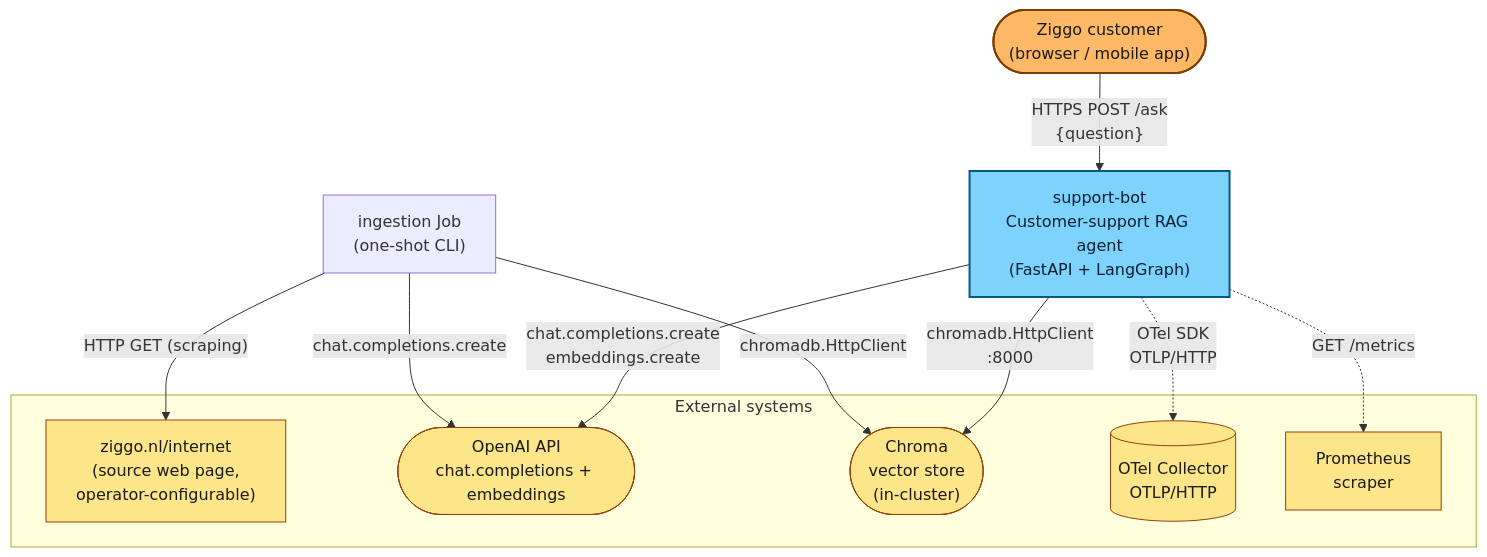
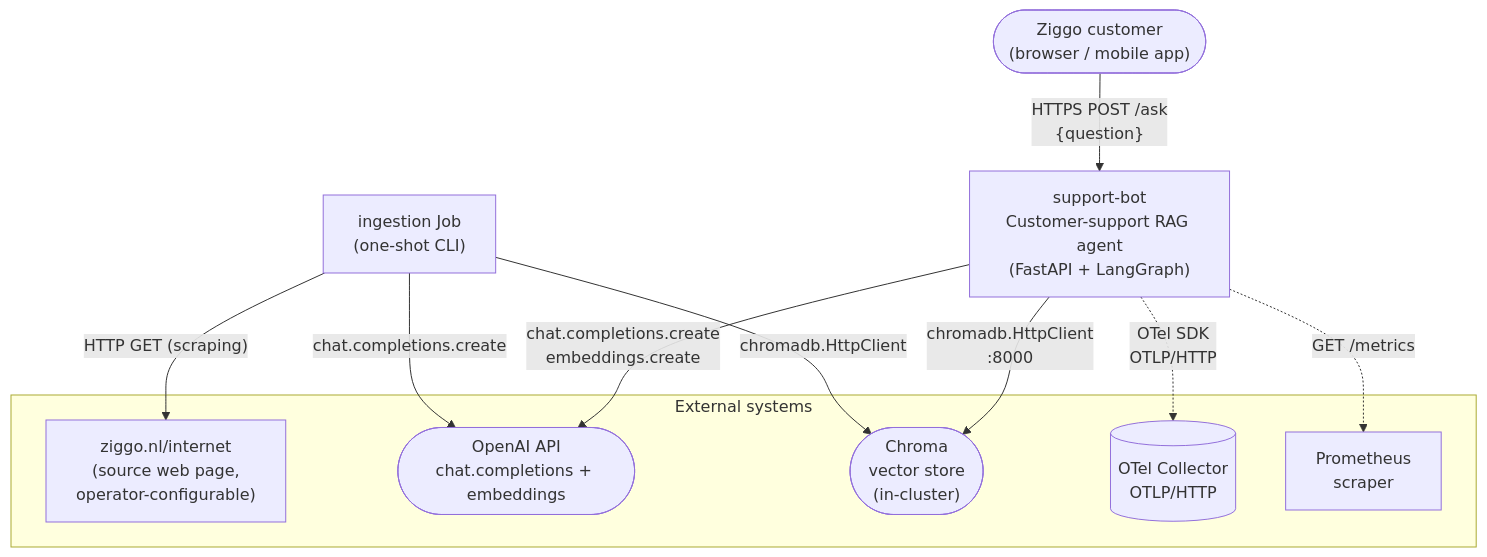
One commit to bruj0/support-agent changed the diagram in docs/c4/1-system-context.md. Above: the diagram before and after it, drawn with Mermaid. The commit also changed 11 other files, not shown here.

First line of the commit message:
fix(docs): revert all Mermaid classDef overrides; use default theme

````diff
--- a/docs/c4/1-system-context.md
+++ b/docs/c4/1-system-context.md
@@ -9,33 +9,27 @@
 ```mermaid
 flowchart TB
     U(["Ziggo customer<br/>(browser / mobile app)"])
 
     SYS["support-bot<br/>Customer-support RAG agent<br/>(FastAPI + LangGraph)"]
 
     subgraph EXTERNAL["External systems"]
         SRC["ziggo.nl/internet<br/>(source web page,<br/>operator-configurable)"]
         OAI(["OpenAI API<br/>chat.completions + embeddings"])
         CHR_HOST(["Chroma<br/>vector store<br/>(in-cluster)"])
         OTel[("OTel Collector<br/>OTLP/HTTP")]
         PROM["Prometheus<br/>scraper"]
     end
 
     U -->|"HTTPS POST /ask<br/>{question}"| SYS
     SYS -->|"chat.completions.create<br/>embeddings.create"| OAI
     SYS -->|"chromadb.HttpClient<br/>:8000"| CHR_HOST
 
     SYS -.->|"OTel SDK<br/>OTLP/HTTP"| OTel
     SYS -.->|"GET /metrics"| PROM
 
     JOB["ingestion Job<br/>(one-shot CLI)"]
     JOB -->|"HTTP GET (scraping)"| SRC
     JOB -->|"chat.completions.create"| OAI
     JOB -->|"chromadb.HttpClient"| CHR_HOST
 
-    classDef sys fill:#7dd3fc,stroke:#075985,stroke-width:2px,color:#0c1f33;
-    classDef ext fill:#fde68a,stroke:#92400e,stroke-width:1px,color:#1a1a1a;
-    classDef user fill:#ffb866,stroke:#7a3e00,stroke-width:2px,color:#1a1a1a;
-    class SYS sys;
-    class OAI,CHR_HOST,OTel,PROM,SRC ext;
-    class U user;
 ```
````
